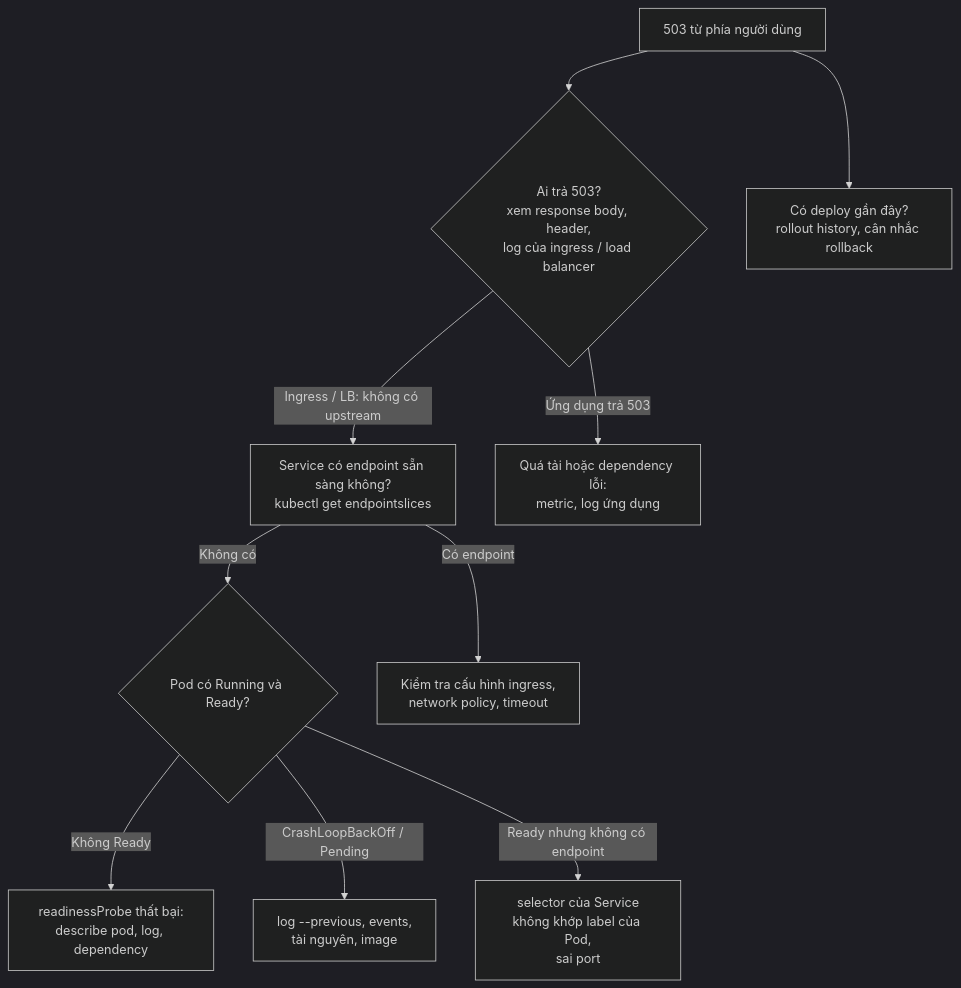
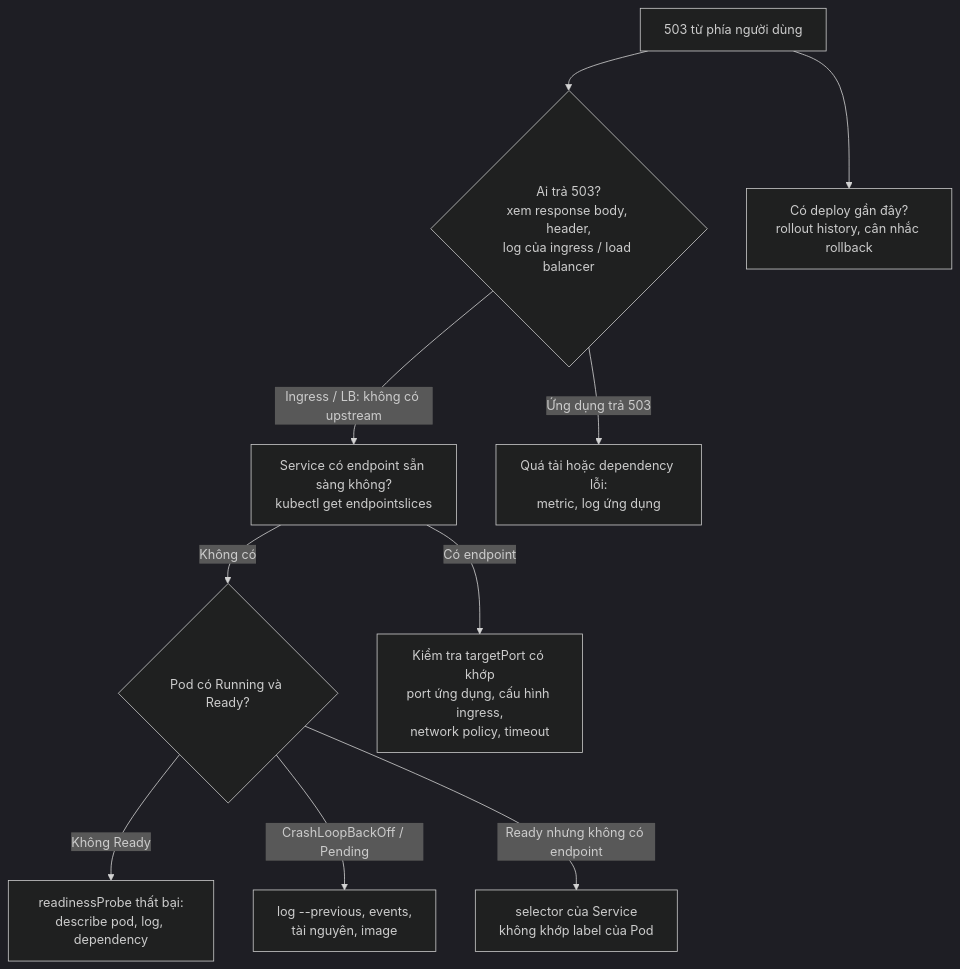
One commit to Fatalshears/GlitchGallery changed the fifth of 5 diagrams in content/ai-era/senior-engineering-topics.md. Above: the diagram before and after it, drawn with Mermaid (dark theme). The commit also changed other lines of this file and 6 other files, not shown here.

````diff
--- a/content/ai-era/senior-engineering-topics.md
+++ b/content/ai-era/senior-engineering-topics.md
@@ -184,12 +187,12 @@
 ```mermaid
 flowchart TB
   A["503 từ phía người dùng"] --> B{"Ai trả 503?<br/>xem response body, header,<br/>log của ingress / load balancer"}
   B -->|"Ingress / LB: không có upstream"| C["Service có endpoint sẵn sàng không?<br/>kubectl get endpointslices"]
   C -->|"Không có"| D{"Pod có Running và Ready?"}
   D -->|"Không Ready"| E["readinessProbe thất bại:<br/>describe pod, log, dependency"]
   D -->|"CrashLoopBackOff / Pending"| F["log --previous, events,<br/>tài nguyên, image"]
-  D -->|"Ready nhưng không có endpoint"| G["selector của Service<br/>không khớp label của Pod,<br/>sai port"]
-  C -->|"Có endpoint"| H["Kiểm tra cấu hình ingress,<br/>network policy, timeout"]
+  D -->|"Ready nhưng không có endpoint"| G["selector của Service<br/>không khớp label của Pod"]
+  C -->|"Có endpoint"| H["Kiểm tra targetPort có khớp<br/>port ứng dụng, cấu hình ingress,<br/>network policy, timeout"]
   B -->|"Ứng dụng trả 503"| I["Quá tải hoặc dependency lỗi:<br/>metric, log ứng dụng"]
   A --> J["Có deploy gần đây?<br/>rollout history, cân nhắc rollback"]
 ```
````
